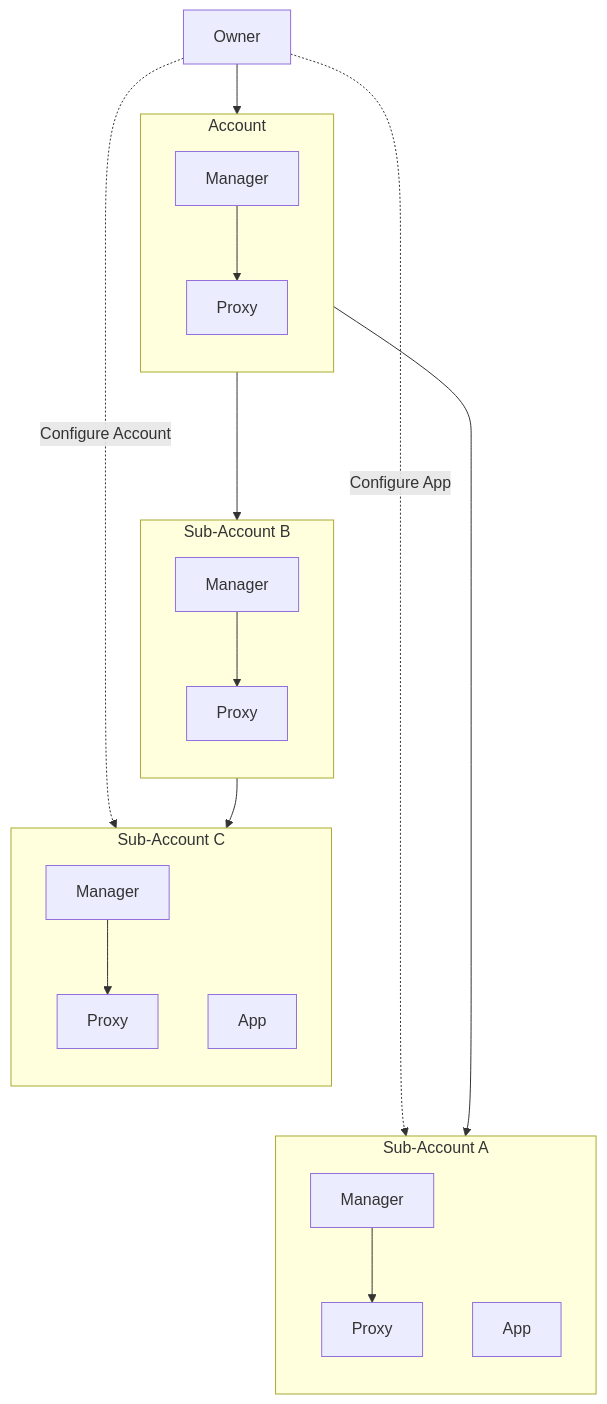
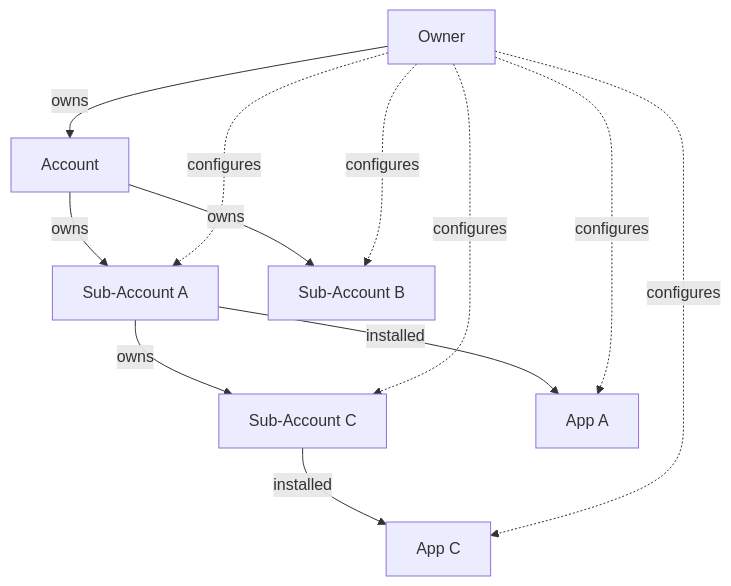
One commit to AbstractSDK/abstract changed the fourth of 4 diagrams in framework/docs/src/3_framework/4_ownership.md. Above: the diagram before and after it, drawn with Mermaid. The commit also changed other lines of this file and 15 other files, not shown here.

````diff
--- a/framework/docs/src/3_framework/4_ownership.md
+++ b/framework/docs/src/3_framework/4_ownership.md
@@ -76,33 +76,21 @@
 ```mermaid
 flowchart TB
-    direction TB
-    subgraph AbstrA[Sub-Account A]
-        direction TB
-        ManagerA[Manager] --> ProxyA[Proxy]
-        AppA[App]
-    end
+    %% Define the Owner and the main Account
+    Owner -- owns --> Account
 
-    subgraph AbstrB[Sub-Account B]
-        direction TB
-        ManagerB[Manager] --> ProxyB[Proxy]
-    end
+    %% Sub-Accounts hierarchy
+    Account -- owns --> SubAccountA[Sub-Account A]
+    Account -- owns --> SubAccountB[Sub-Account B]
+    SubAccountA -- owns --> SubAccountC[Sub-Account C]
 
-    subgraph AbstrC[Sub-Account C]
-        direction TB
-        ManagerC[Manager] --> ProxyC[Proxy]
-        App
-    end
+    %% Apps associated with Sub-Accounts
+    SubAccountA -- installed --> AppA[App A]
+    SubAccountC -- installed --> AppC[App C]
 
-    subgraph Abstr[Account]
-        direction TB
-        Manager --> Proxy
-    end
-
-Owner --> Manager
-Manager --> ManagerA
-Manager ---> ManagerB
-ManagerB --> ManagerC
-
-Owner -.Configure App.....-> AppA
-Owner -.Configure Account....-> ManagerC
+    %% Owner can configure Sub-Accounts and Apps directly
+    Owner -. configures .-> SubAccountA
+    Owner -. configures .-> SubAccountB
+    Owner -. configures .-> SubAccountC
+    Owner -. configures .-> AppA
+    Owner -. configures .-> AppC
 ```
````
